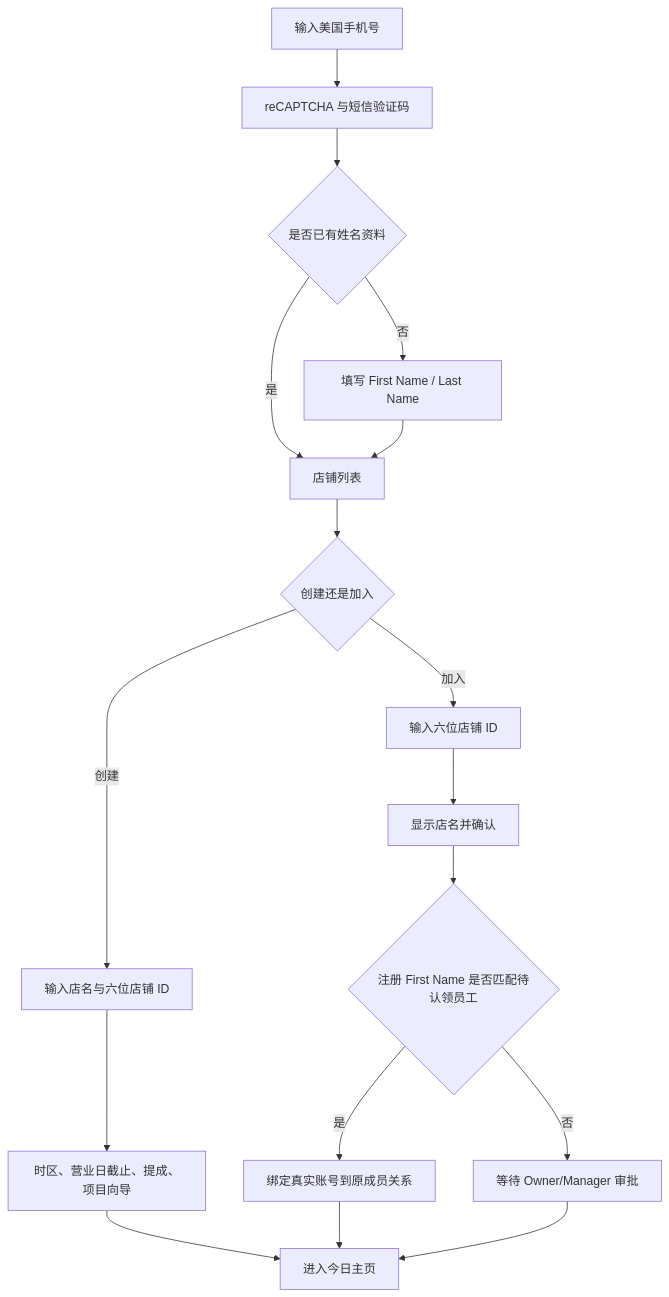
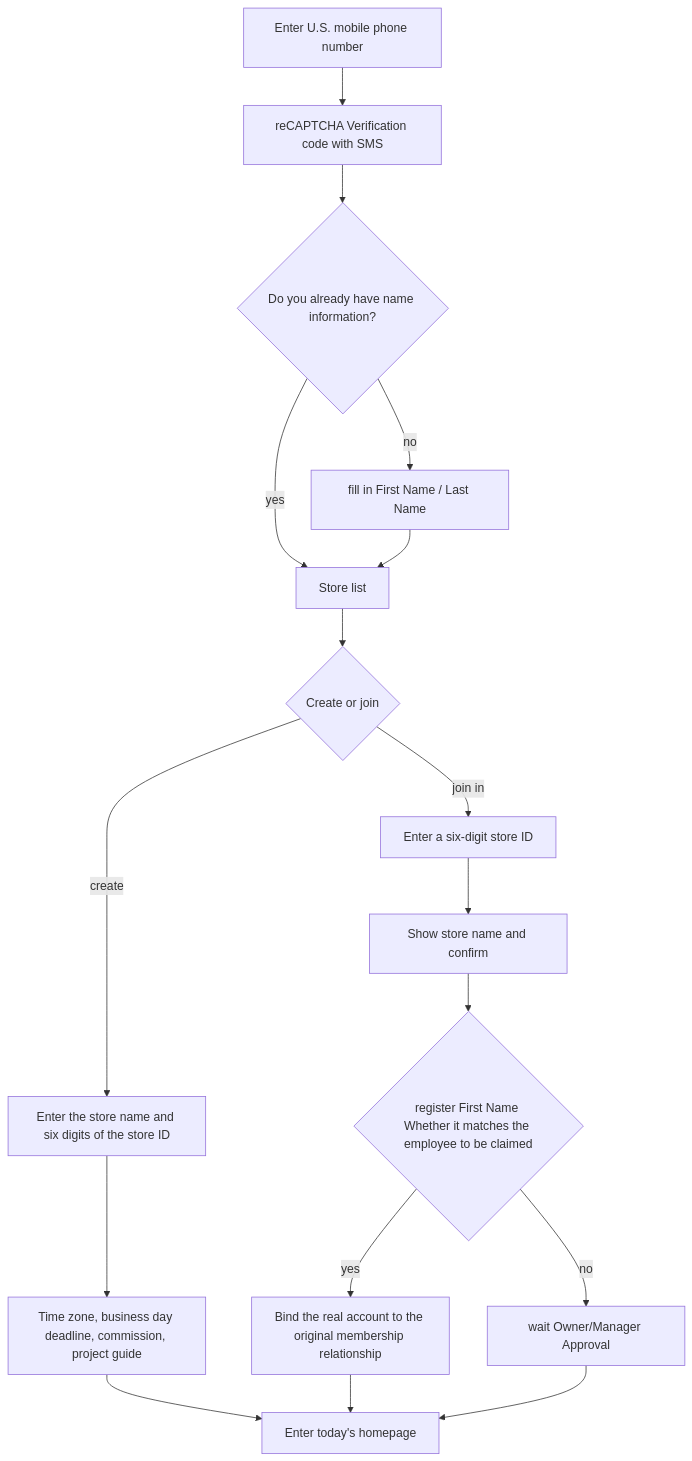
One commit to Redonkatonkk/massage-note changed the second of 6 diagrams in docs/archive/INITIAL_ARCHITECTURE_PLAN.md. Above: the diagram before and after it, drawn with Mermaid. The commit also changed other lines of this file and 118 other files, not shown here.

````diff
--- a/docs/archive/INITIAL_ARCHITECTURE_PLAN.md
+++ b/docs/archive/INITIAL_ARCHITECTURE_PLAN.md
@@ -157,19 +179,19 @@
 ```mermaid
 flowchart TD
-    A["输入美国手机号"] --> B["reCAPTCHA 与短信验证码"]
-    B --> C{"是否已有姓名资料"}
-    C -- 否 --> D["填写 First Name / Last Name"]
-    C -- 是 --> E["店铺列表"]
+    A["Enter U.S. mobile phone number"] --> B["reCAPTCHA Verification code with SMS"]
+    B --> C{"Do you already have name information?"}
+    C -- no --> D["fill in First Name / Last Name"]
+    C -- yes --> E["Store list"]
     D --> E
-    E --> F{"创建还是加入"}
-    F -- 创建 --> G["输入店名与六位店铺 ID"]
-    G --> H["时区、营业日截止、提成、项目向导"]
-    H --> I["进入今日主页"]
-    F -- 加入 --> J["输入六位店铺 ID"]
-    J --> K["显示店名并确认"]
-    K --> L{"注册 First Name 是否匹配待认领员工"}
-    L -- 是 --> M["绑定真实账号到原成员关系"]
+    E --> F{"Create or join"}
+    F -- create --> G["Enter the store name and six digits of the store ID"]
+    G --> H["Time zone, business day deadline, commission, project guide"]
+    H --> I["Enter today's homepage"]
+    F -- join in --> J["Enter a six-digit store ID"]
+    J --> K["Show store name and confirm"]
+    K --> L{"register First Name Whether it matches the employee to be claimed"}
+    L -- yes --> M["Bind the real account to the original membership relationship"]
     M --> I
-    L -- 否 --> N["等待 Owner/Manager 审批"]
+    L -- no --> N["wait Owner/Manager Approval"]
     N --> I
 ```
````
